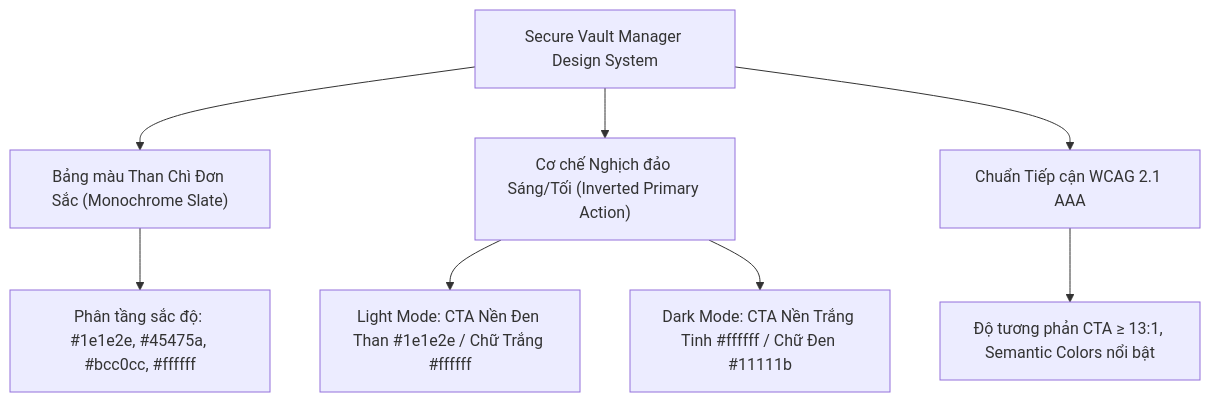
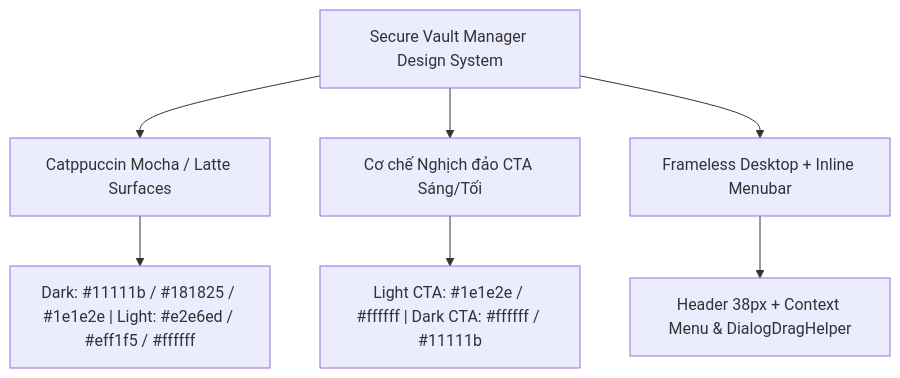
The diagram in STYLE_GUIDELINE.md (hephaestus-developers/secure-vault-manager), drawn with Mermaid before and after one commit. The commit also changed other lines of this file and 11 other files, not shown here.

````diff
--- a/STYLE_GUIDELINE.md
+++ b/STYLE_GUIDELINE.md
@@ -21,10 +21,9 @@
 ```mermaid
 graph TD
-    A["Secure Vault Manager Design System"] --> B["Bảng màu Than Chì Đơn Sắc (Monochrome Slate)"]
-    A --> C["Cơ chế Nghịch đảo Sáng/Tối (Inverted Primary Action)"]
-    A --> D["Chuẩn Tiếp cận WCAG 2.1 AAA"]
-    B --> E["Phân tầng sắc độ: #1e1e2e, #45475a, #bcc0cc, #ffffff"]
-    C --> F["Light Mode: CTA Nền Đen Than #1e1e2e / Chữ Trắng #ffffff"]
-    C --> G["Dark Mode: CTA Nền Trắng Tinh #ffffff / Chữ Đen #11111b"]
-    D --> H["Độ tương phản CTA ≥ 13:1, Semantic Colors nổi bật"]
+    A["Secure Vault Manager Design System"] --> B["Catppuccin Mocha / Latte Surfaces"]
+    A --> C["Cơ chế Nghịch đảo CTA Sáng/Tối"]
+    A --> D["Frameless Desktop + Inline Menubar"]
+    B --> E["Dark: #11111b / #181825 / #1e1e2e | Light: #e2e6ed / #eff1f5 / #ffffff"]
+    C --> F["Light CTA: #1e1e2e / #ffffff | Dark CTA: #ffffff / #11111b"]
+    D --> G["Header 38px + Context Menu & DialogDragHelper"]
 ```
````
